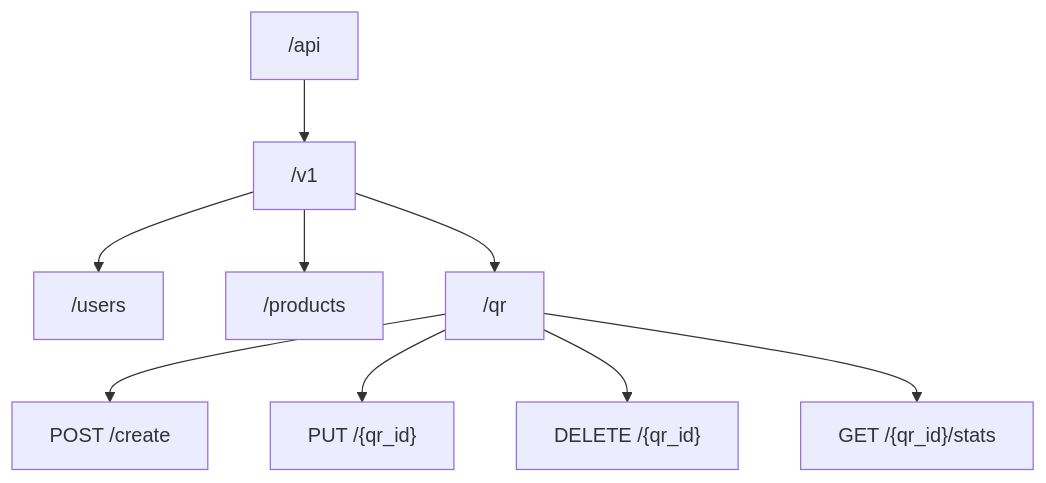
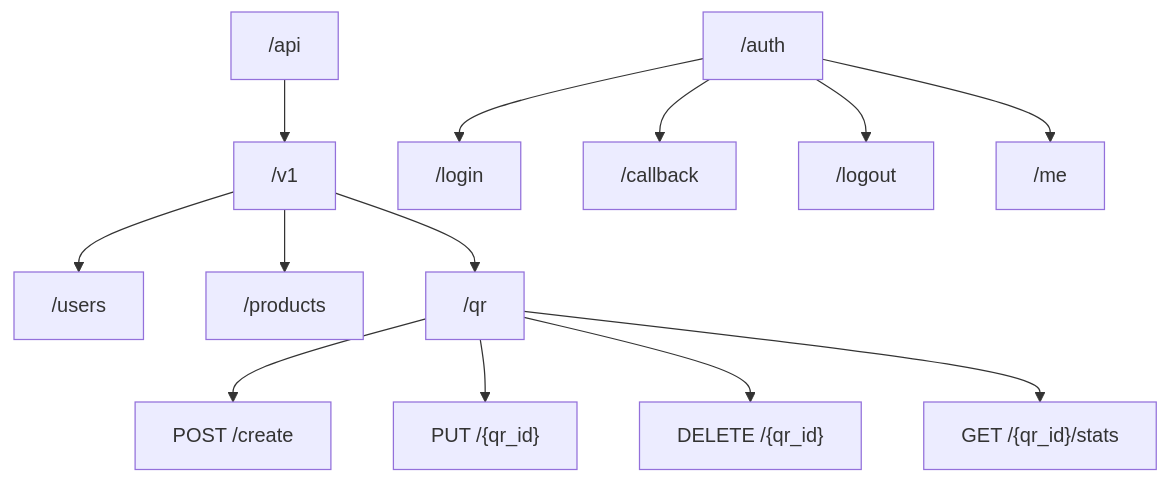
Before and after one commit to gsinghjay/mvp_qr_gen: the seventh of 10 diagrams in STORY.md, drawn with Mermaid. The commit also changed other lines of this file and 1 other file, not shown here.

Commit message:
chore: updated diagrams

````diff
--- a/STORY.md
+++ b/STORY.md
@@ -154,12 +342,17 @@
 ```mermaid
 graph TD
     APIRoot["/api"] --> V1["/v1"]
     V1 --> Users["/users"]
     V1 --> Products["/products"]
     V1 --> QRManagement["/qr"]
     
     QRManagement --> CreateQR["POST /create"]
     QRManagement --> UpdateQR["PUT /{qr_id}"]
     QRManagement --> DeleteQR["DELETE /{qr_id}"]
     QRManagement --> GetQRStats["GET /{qr_id}/stats"]
+    
+    AuthRoot["/auth"] --> Login["/login"]
+    AuthRoot --> Callback["/callback"]
+    AuthRoot --> Logout["/logout"]
+    AuthRoot --> Me["/me"]
 ```
````
